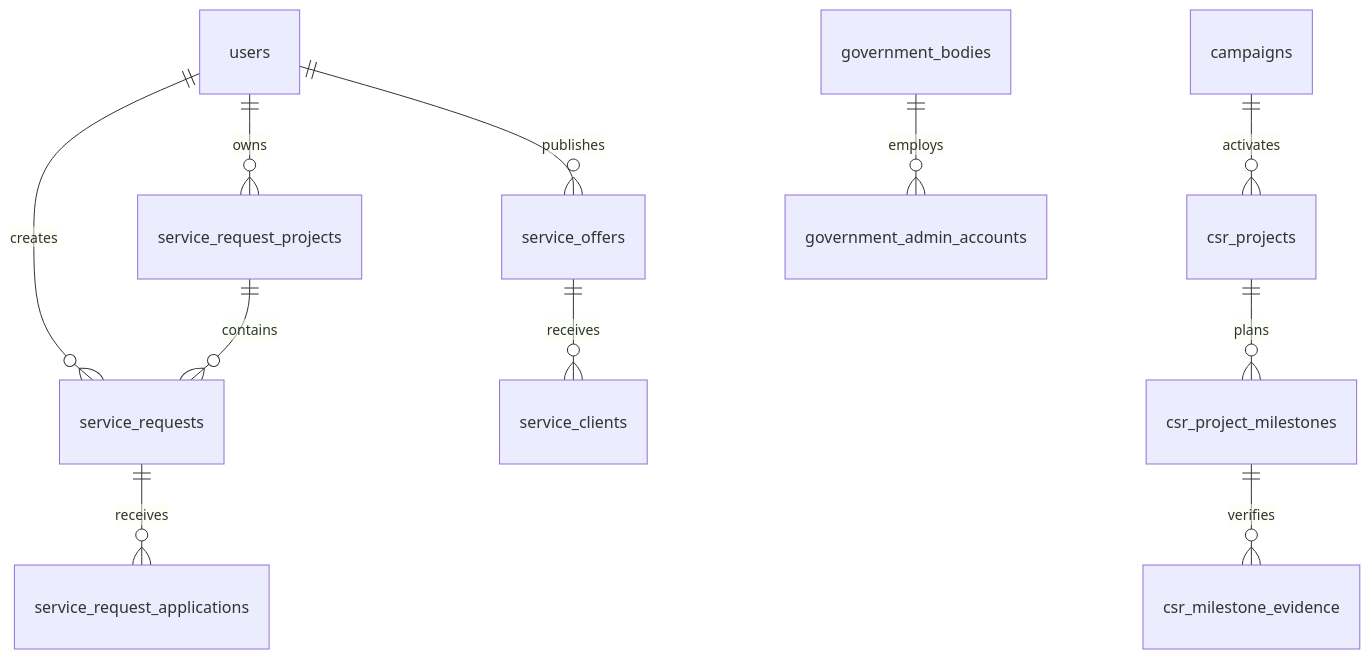
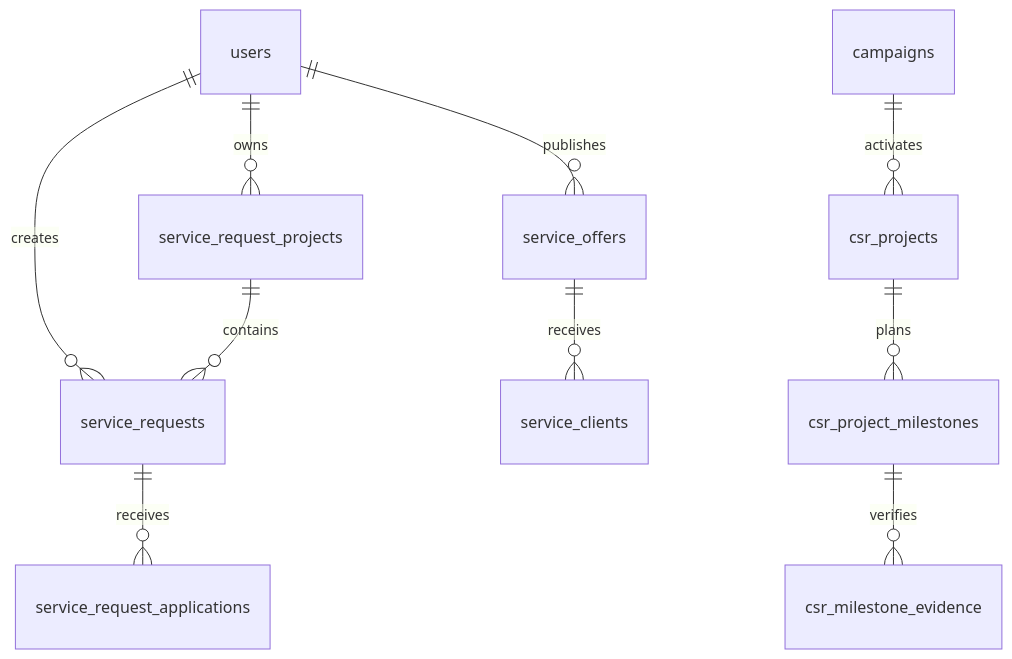
One commit to navadrishti/navadrishti changed the diagram in docs/TECHNICAL_README.md. Above: the diagram before and after it, drawn with Mermaid. The commit also changed other lines of this file and 41 other files, not shown here.

````diff
--- a/docs/TECHNICAL_README.md
+++ b/docs/TECHNICAL_README.md
@@ -630,13 +577,12 @@
 ```mermaid
 erDiagram
     users ||--o{ service_request_projects : owns
     users ||--o{ service_requests : creates
     service_request_projects ||--o{ service_requests : contains
     service_requests ||--o{ service_request_applications : receives
     users ||--o{ service_offers : publishes
     service_offers ||--o{ service_clients : receives
     campaigns ||--o{ csr_projects : activates
     csr_projects ||--o{ csr_project_milestones : plans
     csr_project_milestones ||--o{ csr_milestone_evidence : verifies
-    government_bodies ||--o{ government_admin_accounts : employs
 ```
````
